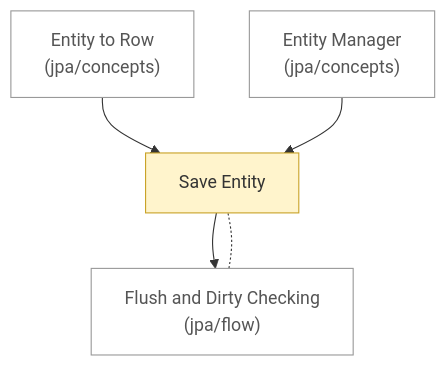
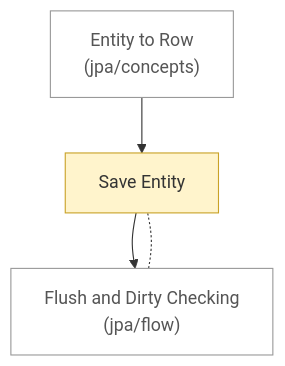
The diagram in notes/backend/flow/README.md (Pizza-Mozzarella/self-learning), drawn with Mermaid before and after one commit. The commit also changed other lines of this file and 13 other files, not shown here.

````diff
--- a/notes/backend/flow/README.md
+++ b/notes/backend/flow/README.md
@@ -6,15 +6,13 @@
 ```mermaid
 flowchart TD
     n0["Save Entity"]:::draft
-    n1["Entity Manager<br/>(jpa/concepts)"]:::ext
-    n2["Entity to Row<br/>(jpa/concepts)"]:::ext
-    n3["Flush and Dirty Checking<br/>(jpa/flow)"]:::ext
-    n2 --> n0
+    n1["Entity to Row<br/>(jpa/concepts)"]:::ext
+    n2["Flush and Dirty Checking<br/>(jpa/flow)"]:::ext
+    n0 --> n2
     n1 --> n0
-    n0 --> n3
-    n3 -.- n0
+    n2 -.- n0
     classDef stub fill:#eeeeee,stroke:#999999,stroke-dasharray:4 3,color:#555555
     classDef draft fill:#fff4cc,stroke:#c9a227,color:#333333
     classDef ok fill:#d8f0dc,stroke:#3a9d5d,color:#222222
     classDef ext fill:#ffffff,stroke:#999999,color:#555555
 ```
````
